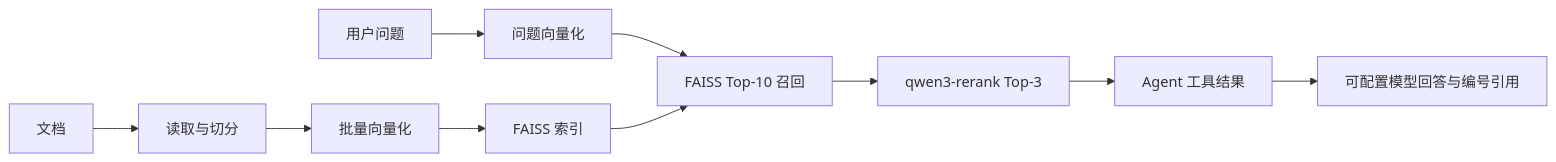
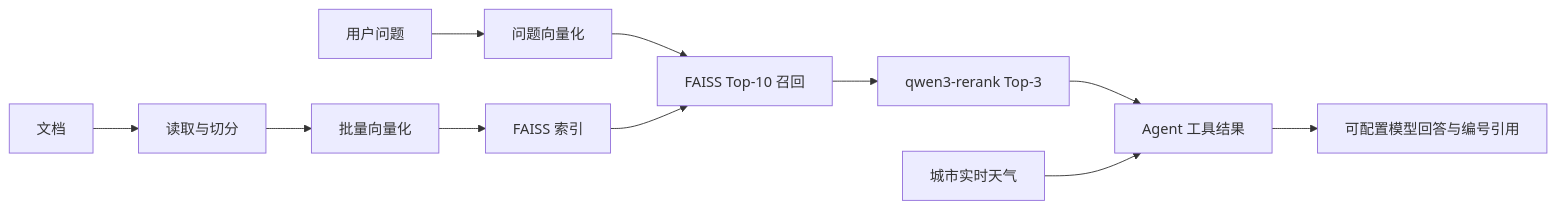
Before and after one commit to zh-qq/rag-knowledge-base: the diagram in README.md, drawn with Mermaid. The commit also changed other lines of this file and 3 other files, not shown here.

````diff
--- a/README.md
+++ b/README.md
@@ -40,12 +41,13 @@
 ```mermaid
 flowchart LR
     A[文档] --> B[读取与切分]
     B --> C[批量向量化]
     C --> D[FAISS 索引]
     Q[用户问题] --> E[问题向量化]
     E --> F[FAISS Top-10 召回]
     D --> F
     F --> G[qwen3-rerank Top-3]
     G --> H[Agent 工具结果]
+    W[城市实时天气] --> H
     H --> I[可配置模型回答与编号引用]
 ```
````
